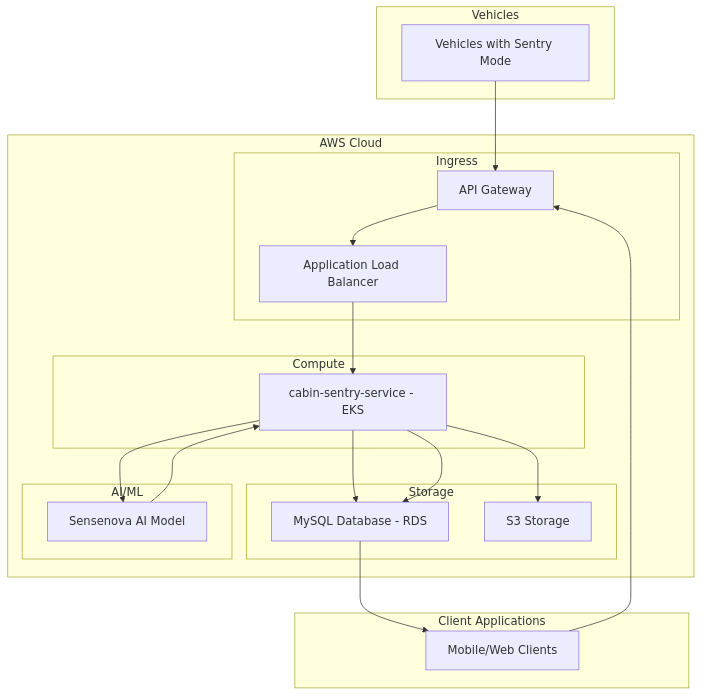
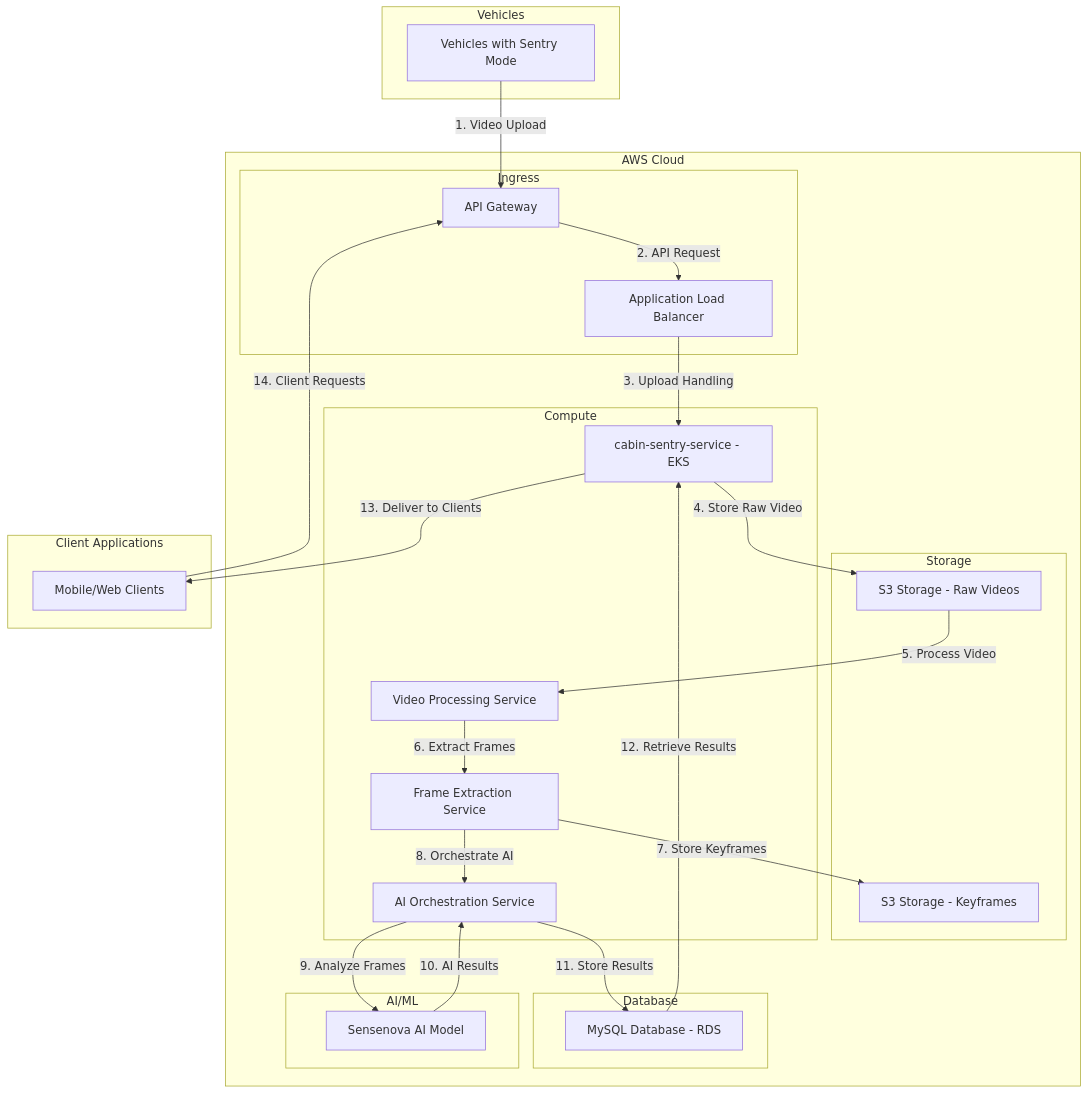
One commit to yuantming/learninggit changed the diagram in architectuure.md. Above: the diagram before and after it, drawn with Mermaid. The commit also changed other lines of this file, not shown here.

````diff
--- a/architectuure.md
+++ b/architectuure.md
@@ -8,41 +8,52 @@
 ```mermaid
 graph TB
     subgraph "Vehicles"
         A[Vehicles with Sentry Mode]
     end
 
     subgraph "AWS Cloud"
         subgraph "Ingress"
             B[API Gateway]
             C[Application Load Balancer]
         end
 
-        subgraph "Compute"
-            D[cabin-sentry-service - EKS]
+        subgraph "Storage"
+            D[S3 Storage - Raw Videos]
+            E[S3 Storage - Keyframes]
         end
 
-        subgraph "Storage"
-            E[MySQL Database - RDS]
-            F[S3 Storage]
+        subgraph "Compute"
+            F[cabin-sentry-service - EKS]
+            G[Video Processing Service]
+            H[Frame Extraction Service]
+            I[AI Orchestration Service]
+        end
+
+        subgraph "Database"
+            J[MySQL Database - RDS]
         end
 
         subgraph "AI/ML"
-            G[Sensenova AI Model]
+            K[Sensenova AI Model]
         end
     end
 
     subgraph "Client Applications"
-        H[Mobile/Web Clients]
+        L[Mobile/Web Clients]
     end
 
-    A --> B
-    B --> C
-    C --> D
-    D --> E
-    D --> F
-    D --> G
-    G --> D
-    D --> E
-    E --> H
-    H --> B
+    A -- "1. Video Upload" --> B
+    B -- "2. API Request" --> C
+    C -- "3. Upload Handling" --> F
+    F -- "4. Store Raw Video" --> D
+    D -- "5. Process Video" --> G
+    G -- "6. Extract Frames" --> H
+    H -- "7. Store Keyframes" --> E
+    H -- "8. Orchestrate AI" --> I
+    I -- "9. Analyze Frames" --> K
+    K -- "10. AI Results" --> I
+    I -- "11. Store Results" --> J
+    J -- "12. Retrieve Results" --> F
+    F -- "13. Deliver to Clients" --> L
+    L -- "14. Client Requests" --> B
 ```
````
